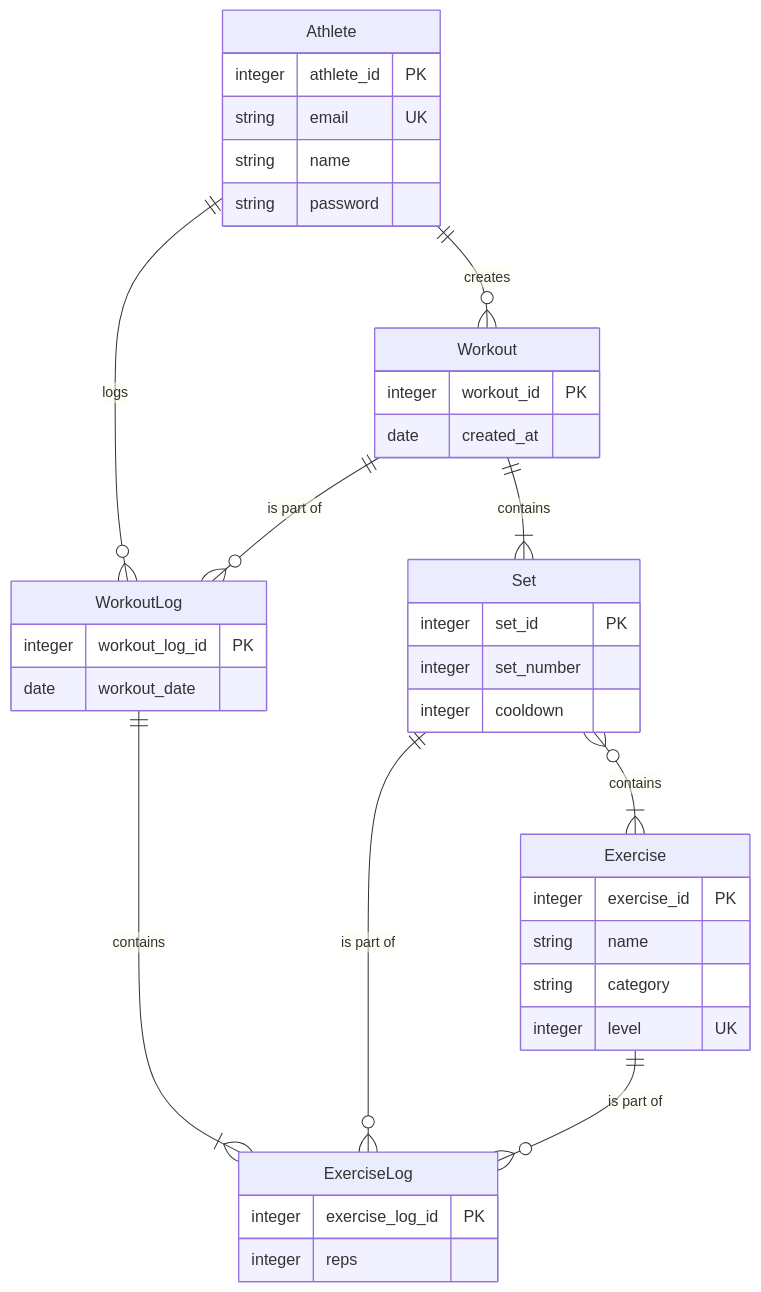
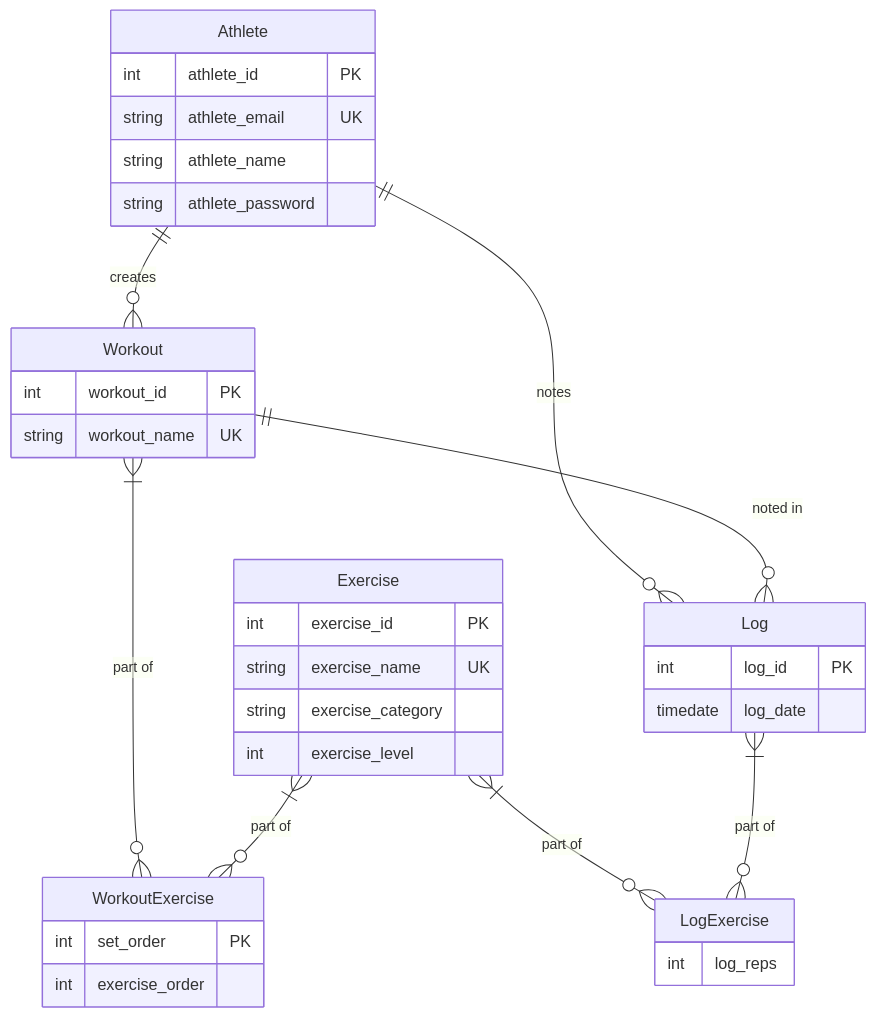
One commit to ITJohan/hiit-calisthenics changed the diagram in README.md. Above: the diagram before and after it, drawn with Mermaid. The commit also changed 1 other file, not shown here.

Commit message:
feat: updated db setup

````diff
--- a/README.md
+++ b/README.md
@@ -7,41 +7,39 @@
 ```mermaid
 erDiagram
   Athlete {
-    integer athlete_id PK
-    string email UK
-    string name
-    string password
+    int athlete_id PK
+    string athlete_email UK
+    string athlete_name
+    string athlete_password
   }
   Workout {
-    integer workout_id PK
-    date created_at
+    int workout_id PK
+    string workout_name UK
   }
-  Set {
-    integer set_id PK
-    integer set_number
-    integer cooldown
+  Athlete ||--o{ Workout : "creates"
+
+  Exercise {
+    int exercise_id PK
+    string exercise_name UK
+    string exercise_category
+    int exercise_level
   }
-  Exercise {
-    integer exercise_id PK
-    string name
-    string category
-    integer level UK
+  WorkoutExercise {
+    int set_order PK
+    int exercise_order
   }
-  WorkoutLog {
-    integer workout_log_id PK
-    date workout_date
+  Workout }|--o{ WorkoutExercise : "part of"
+  Exercise }|--o{ WorkoutExercise : "part of"
+
+  Log {
+    int log_id PK
+    timedate log_date
   }
-  ExerciseLog {
-    integer exercise_log_id PK
-    integer reps
+  LogExercise {
+    int log_reps
   }
-
-  Athlete ||--o{ Workout : "creates"
-  Workout ||--|{ Set : "contains"
-  Set }o--|{ Exercise : "contains"
-  Athlete ||--o{ WorkoutLog : "logs"
-  Workout ||--o{ WorkoutLog : "is part of"
-  WorkoutLog ||--|{ ExerciseLog : "contains"
-  Set ||--o{ ExerciseLog : "is part of"
-  Exercise ||--o{ ExerciseLog : "is part of"
+  Athlete ||--o{ Log : "notes"
+  Workout ||--o{ Log : "noted in"
+  Exercise }|--o{ LogExercise : "part of"
+  Log }|--o{ LogExercise : "part of"
 ```
````
